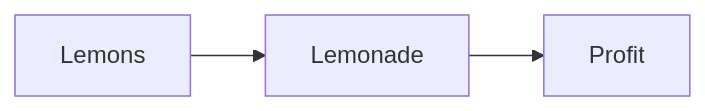
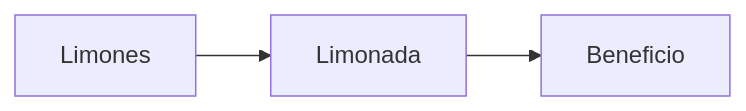
One commit to PabloCasamianEstudios/practicaHugoServidor changed the first of 3 diagrams in sitioHugoPabloCasamian/content/markdown/graficos.md. Above: the diagram before and after it, drawn with Mermaid. The commit also changed other lines of this file and 5 other files, not shown here.

```diff
--- a/sitioHugoPabloCasamian/content/markdown/graficos.md
+++ b/sitioHugoPabloCasamian/content/markdown/graficos.md
@@ -8,5 +10,5 @@
 {{< mermaid >}}
-graph LR;
-A[Lemons]-->B[Lemonade];
-B-->C[Profit]
+graph LR;  
+A[Limones]-->B[Limonada];
+B-->C[Beneficio]
 {{< /mermaid >}}
```
